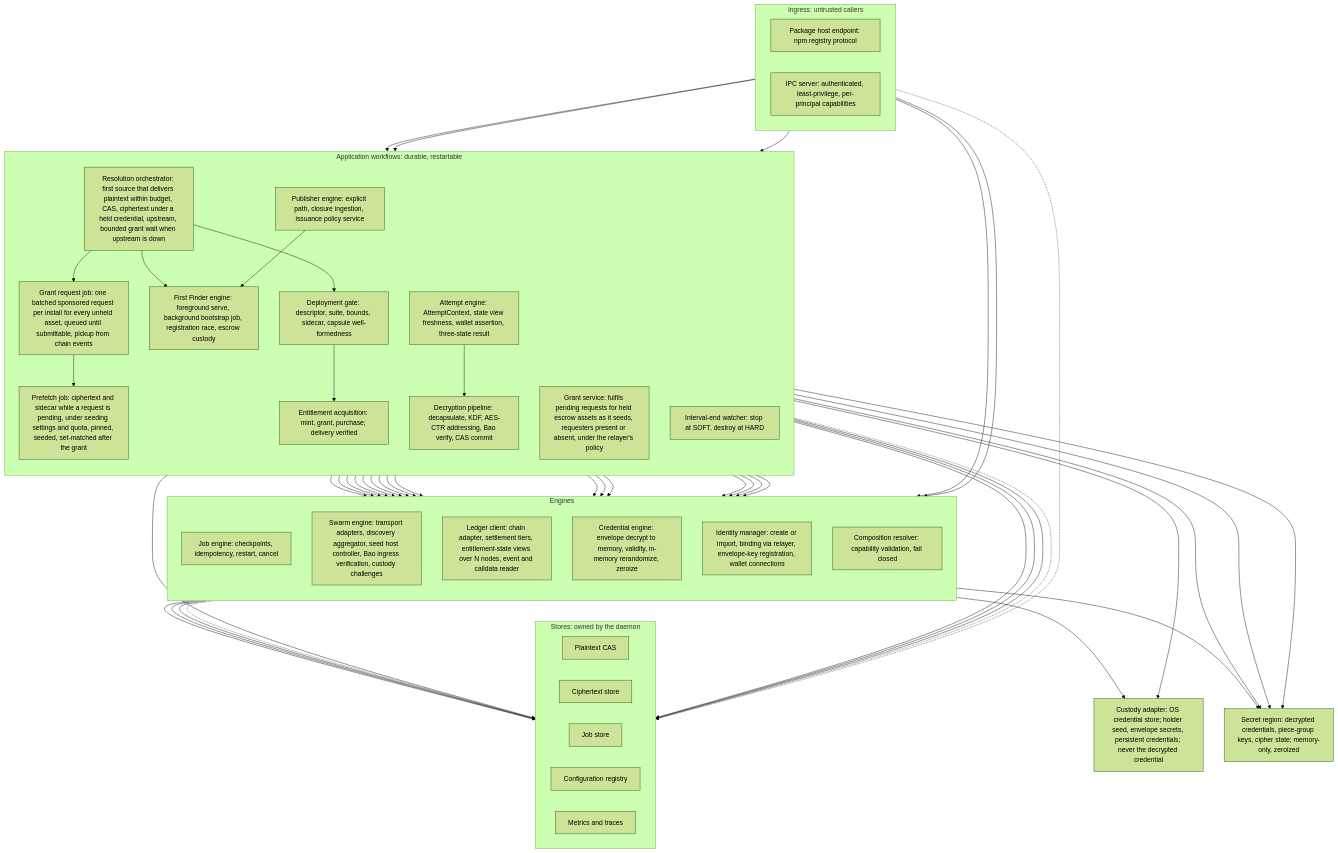
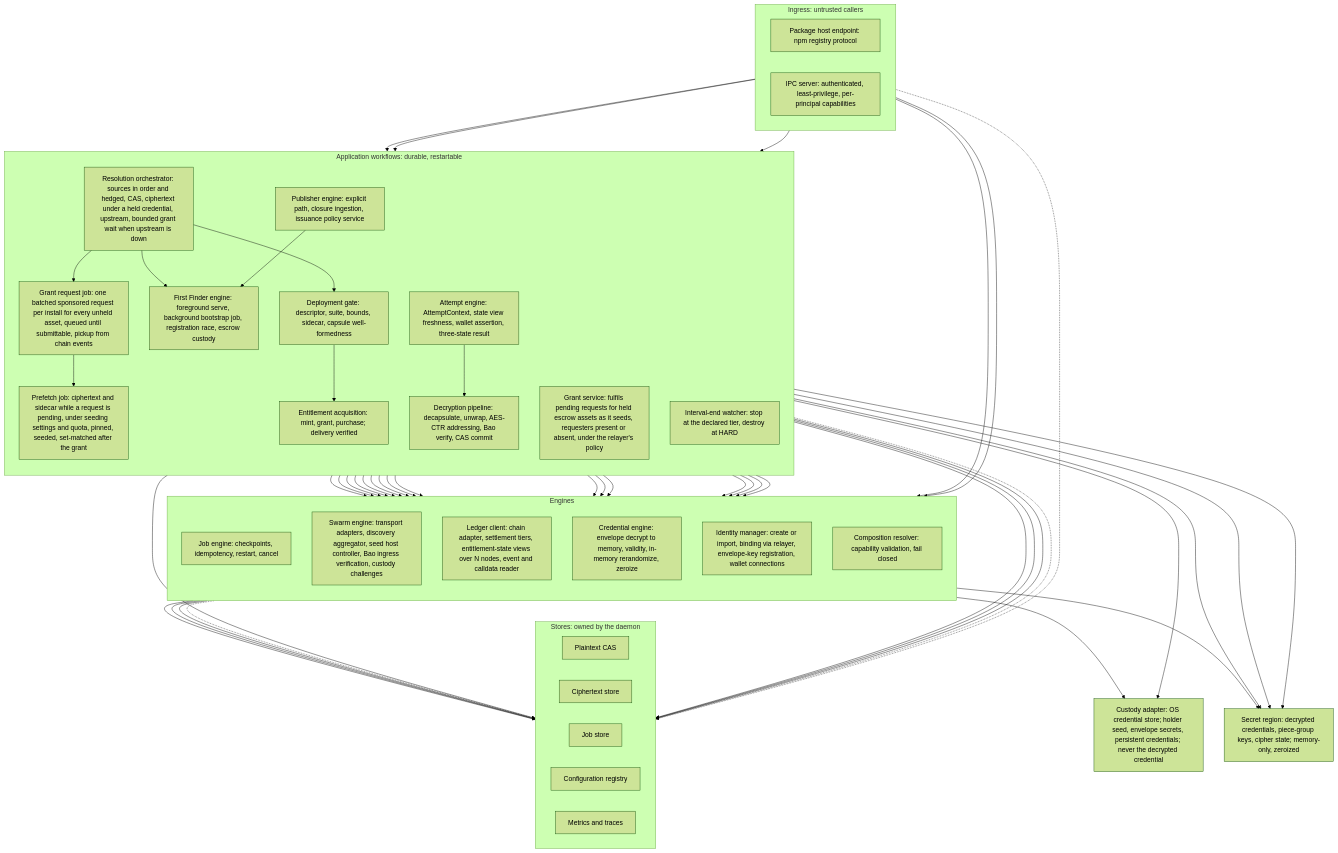
The second of 4 diagrams in docs/project-planning/system-architecture.md (tsylvester/chaintorrent), drawn with Mermaid (forest theme) before and after one commit. The commit also changed other lines of this file and 32 other files, not shown here.

```diff
--- a/docs/project-planning/system-architecture.md
+++ b/docs/project-planning/system-architecture.md
@@ -131,17 +131,17 @@
 
     subgraph workflows["Application workflows: durable, restartable"]
         direction TB
-        resolve["Resolution orchestrator: first source that delivers plaintext within budget, CAS, ciphertext under a held credential, upstream, bounded grant wait when upstream is down"]
+        resolve["Resolution orchestrator: sources in order and hedged, CAS, ciphertext under a held credential, upstream, bounded grant wait when upstream is down"]
         gate["Deployment gate: descriptor, suite, bounds, sidecar, capsule well-formedness"]
         request["Grant request job: one batched sponsored request per install for every unheld asset, queued until submittable, pickup from chain events"]
         prefetch["Prefetch job: ciphertext and sidecar while a request is pending, under seeding settings and quota, pinned, seeded, set-matched after the grant"]
         acquire["Entitlement acquisition: mint, grant, purchase; delivery verified"]
         attempt["Attempt engine: AttemptContext, state view freshness, wallet assertion, three-state result"]
-        decrypt["Decryption pipeline: decapsulate, KDF, AES-CTR addressing, Bao verify, CAS commit"]
+        decrypt["Decryption pipeline: decapsulate, unwrap, AES-CTR addressing, Bao verify, CAS commit"]
         ff["First Finder engine: foreground serve, background bootstrap job, registration race, escrow custody"]
         publish["Publisher engine: explicit path, closure ingestion, issuance policy service"]
         grant["Grant service: fulfils pending requests for held escrow assets as it seeds, requesters present or absent, under the relayer's policy"]
-        interval["Interval-end watcher: stop at SOFT, destroy at HARD"]
+        interval["Interval-end watcher: stop at the declared tier, destroy at HARD"]
     end
 
     subgraph engines["Engines"]
```
